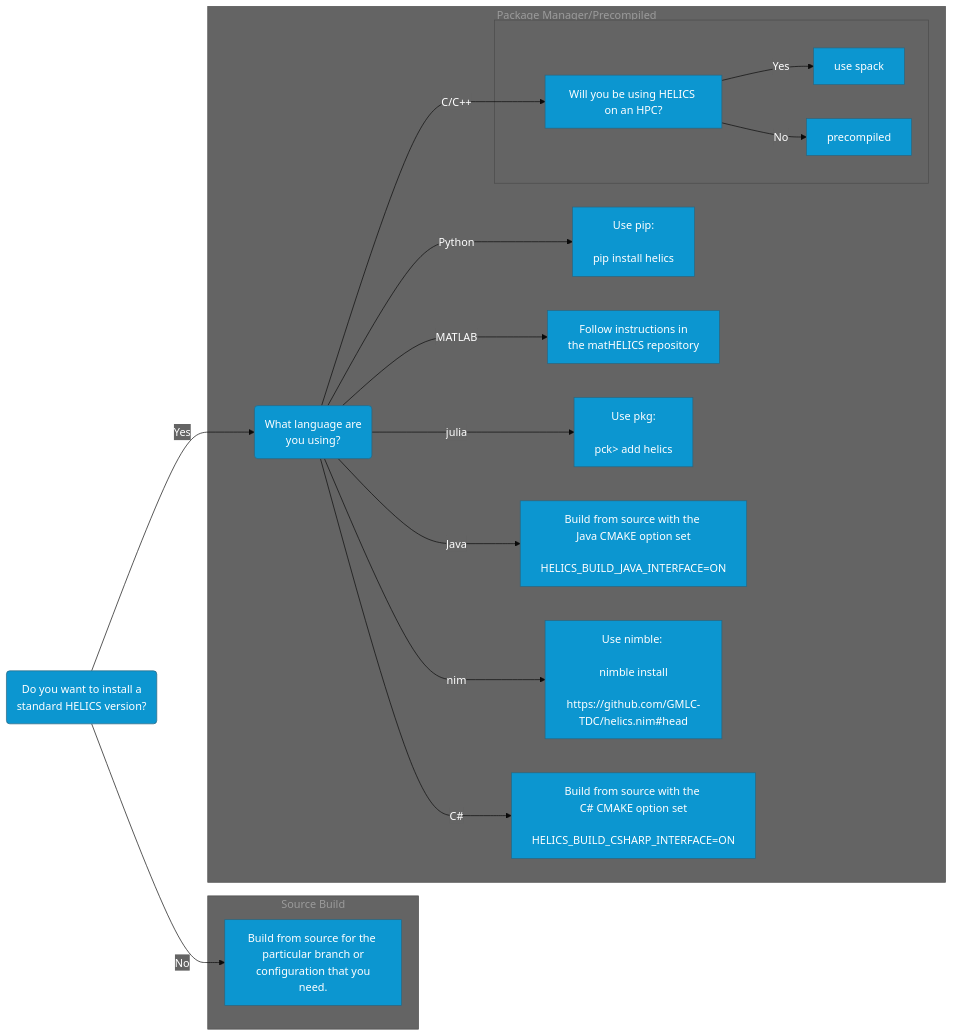
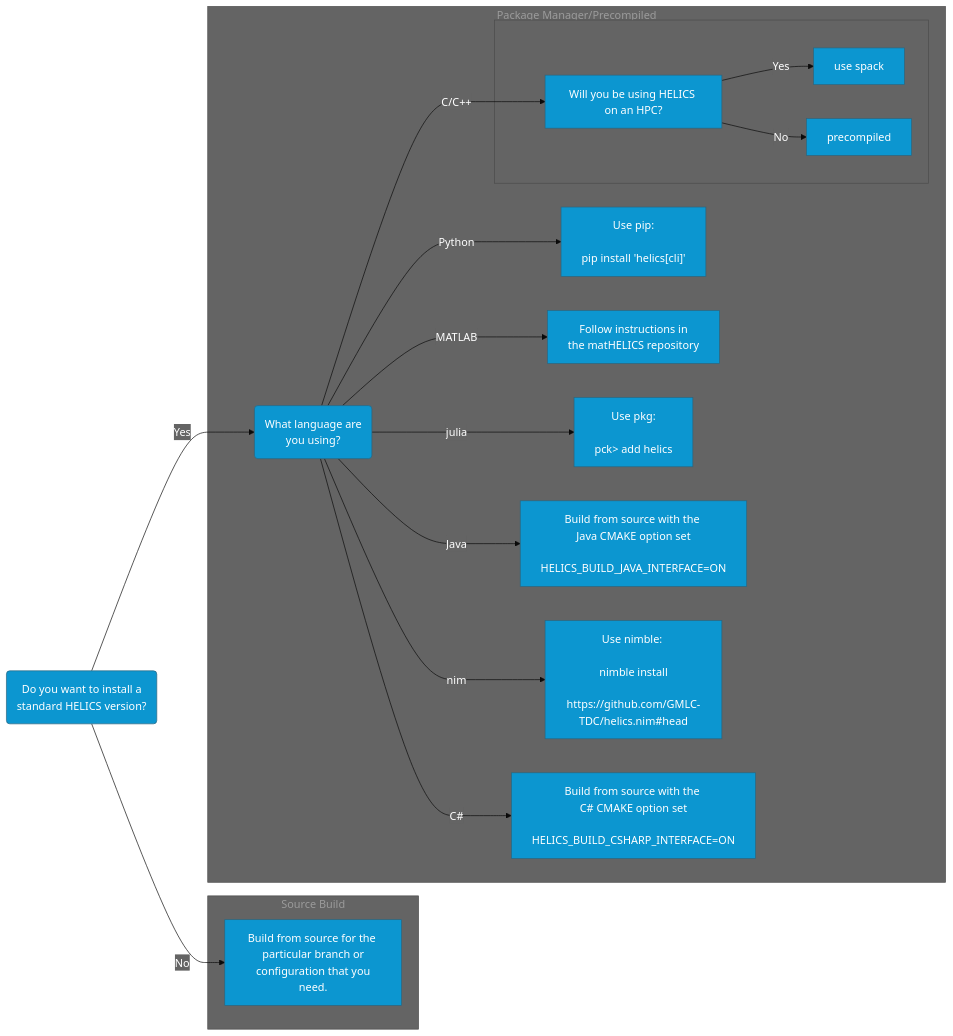
Before and after one commit to GMLC-TDC/HELICS: the diagram in docs/user-guide/installation/index.md, drawn with Mermaid. The commit also changed 4 other files, not shown here.

````diff
--- a/docs/user-guide/installation/index.md
+++ b/docs/user-guide/installation/index.md
@@ -20,47 +20,47 @@
 ```{mermaid}
 %%{
     init: {
         'theme': 'base',
         'themeVariables': {
             'primaryColor': '#0C96D0',
             'edgeLabelBackground':'#646464',
             'tertiaryColor': '#646464',
             'primaryTextColor': '#ffffff'
         },
         'flowchart': {
             'useMaxWidth': true
         }
 
     }
 }%%
 graph LR
     Start(Do you want to install a <br/> standard HELICS version?) -->|Yes| languageChoice
     Start -->|No| build
     subgraph Source Build
         build[Build from source for the <br> particular branch or <br/> configuration that you need.]
     end
     subgraph Package Manager/Precompiled
         languageChoice(What language are <br/> you using?)
-        languageChoice -->|Python| python[Use pip: <br><br> pip install helics]
+        languageChoice -->|Python| python["Use pip: <br><br> pip install 'helics[cli]'"]
         languageChoice -->|MATLAB| matlab[Follow instructions in <br> the matHELICS repository]
         languageChoice -->|julia| julia[Use pkg: <br><br> pck> add helics]
         languageChoice -->|Java| java[Build from source with the <br> Java CMAKE option set <br><br>HELICS_BUILD_JAVA_INTERFACE=ON]
         languageChoice -->|nim| nim[Use nimble: <br><br> nimble install <br> https://github.com/GMLC-TDC/helics.nim#head]
         languageChoice -->|C#| csharp[Build from source with the <br> C# CMAKE option set <br><br>HELICS_BUILD_CSHARP_INTERFACE=ON]
         languageChoice -->|C/C++| hpc
         subgraph &nbsp;
             hpc[Will you be using HELICS on an HPC?]
             hpc --> |Yes| spack[use spack]
             hpc --> |No| precompiled
         end
     end
     click build "https://docs.helics.org/en/latest/user-guide/installation/build_from_source.html" "build from source"
     click python "https://python.helics.org/installation/" "pyhelics installation guide"
     click matlab "https://github.com/GMLC-TDC/matHELICS/blob/main/README.md" "matHELICS installation guide"
     click julia "https://github.com/GMLC-TDC/HELICS.jl/blob/master/README.md" "HELICS.jl installation guide"
     click java "https://docs.helics.org/en/latest/user-guide/installation/build_from_source.html" "jHELICS installation guide"
     click nim "https://github.com/GMLC-TDC/helics.nim/blob/master/README.md" "nim installation guide"
     click csharp "https://docs.helics.org/en/latest/user-guide/installation/build_from_source.html" "C# installation guide"
     click precompiled "https://docs.helics.org/en/latest/user-guide/installation/installing_the_pre_compiled_libraries.html" "precompiled libraries installation guide"
     click spack "https://docs.helics.org/en/latest/user-guide/installation/spack.html" "spack installation guide"
 ```
````
